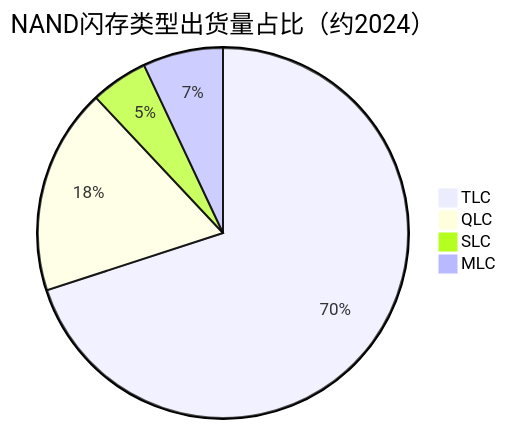
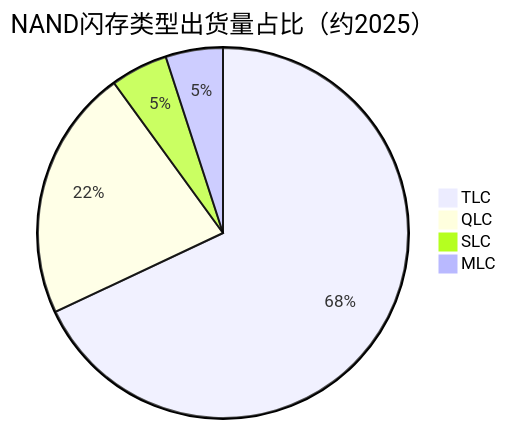
The third of 3 diagrams in 存储产业链/中游/NAND/闪存类型SLC-MLC-TLC-QLC.md (blueprint1453/industry-insight), drawn with Mermaid before and after one commit. The commit also changed other lines of this file and 78 other files, not shown here.

````diff
--- a/存储产业链/中游/NAND/闪存类型SLC-MLC-TLC-QLC.md
+++ b/存储产业链/中游/NAND/闪存类型SLC-MLC-TLC-QLC.md
@@ -117,7 +117,7 @@
 ```mermaid
-pie title NAND闪存类型出货量占比（约2024）
-    "TLC" : 70
-    "QLC" : 18
+pie title NAND闪存类型出货量占比（约2025）
+    "TLC" : 68
+    "QLC" : 22
     "SLC" : 5
-    "MLC" : 7
+    "MLC" : 5
 ```
````
